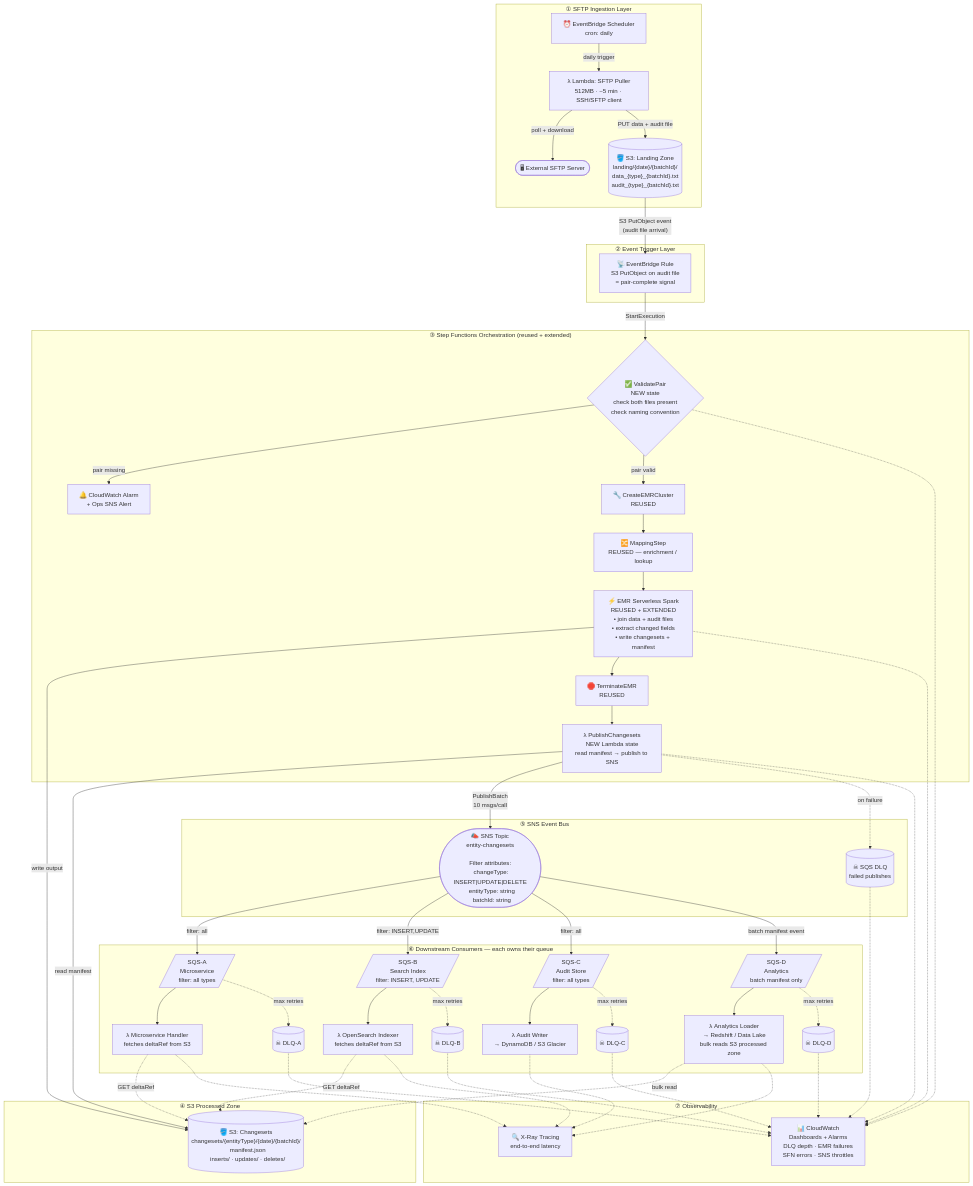
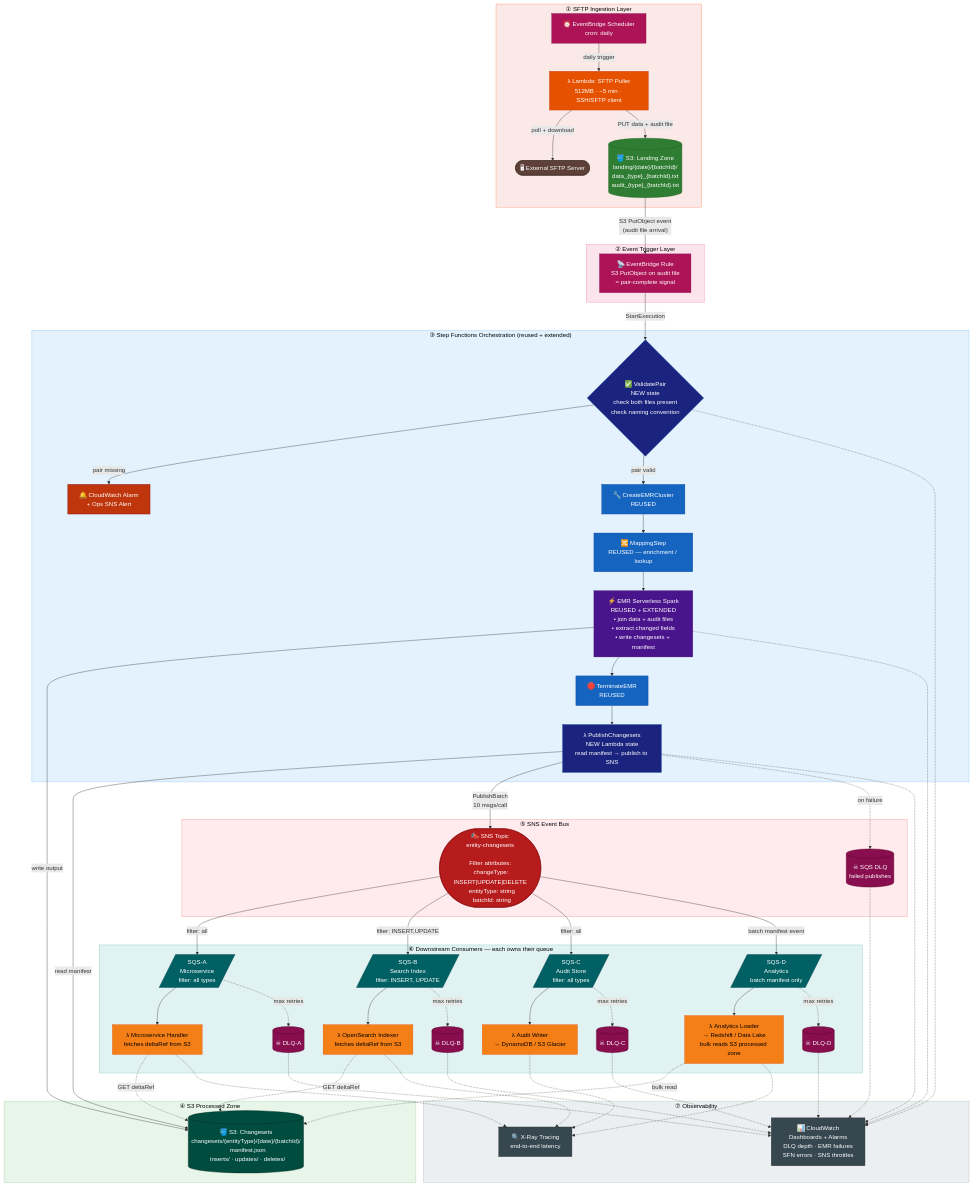
One commit to valentinarodrigues/changeset-architecture changed the diagram in changeset-architecture.md. Above: the diagram before and after it, drawn with Mermaid. The commit also changed other lines of this file, not shown here.

Commit message:
Add colours to Mermaid diagram
14-colour scheme using classDef per service type + subgraph
background tints. Each AWS service has a distinct colour so
layers and node types are immediately distinguishable.
Includes a colour legend table below the diagram.

````diff
--- a/changeset-architecture.md
+++ b/changeset-architecture.md
@@ -7,5 +7,38 @@
 ```mermaid
 flowchart TD
+
+    %% ── Colour palette ───────────────────────────────────────────────────
+    %% Brown   = external / non-AWS system
+    %% Magenta = EventBridge (scheduler + rule)
+    %% Orange  = Lambda — ingestion side
+    %% Green   = S3 Landing Zone
+    %% Navy    = Step Functions NEW states
+    %% Blue    = Step Functions REUSED states
+    %% Purple  = EMR / Spark
+    %% Dark green = S3 Processed Zone
+    %% Red     = SNS Topic
+    %% Maroon  = Dead Letter Queues
+    %% Teal    = SQS consumer queues
+    %% Amber   = Lambda — consumer side
+    %% Grey-blue = Observability
+    %% Burnt red = Alert path
+
+    classDef ext        fill:#5D4037,stroke:#3E2723,color:#fff
+    classDef evtbridge  fill:#AD1457,stroke:#880E4F,color:#fff
+    classDef lambda_in  fill:#E65100,stroke:#BF360C,color:#fff
+    classDef s3_land    fill:#2E7D32,stroke:#1B5E20,color:#fff
+    classDef sfn_new    fill:#1A237E,stroke:#0D47A1,color:#fff
+    classDef sfn_reuse  fill:#1565C0,stroke:#0D47A1,color:#fff
+    classDef emr        fill:#4A148C,stroke:#38006B,color:#fff
+    classDef s3_proc    fill:#004D40,stroke:#00251A,color:#fff
+    classDef sns        fill:#B71C1C,stroke:#7F0000,color:#fff
+    classDef dlq        fill:#880E4F,stroke:#560027,color:#fff
+    classDef sqs        fill:#006064,stroke:#003E4A,color:#fff
+    classDef lambda_con fill:#F57F17,stroke:#E65100,color:#000
+    classDef obs        fill:#37474F,stroke:#263238,color:#fff
+    classDef alert      fill:#BF360C,stroke:#870000,color:#fff
+
+    %% ── Subgraph layer background tints ─────────────────────────────────
     subgraph SFTP_LAYER["① SFTP Ingestion Layer"]
         SFTP_EXT(["🖥 External SFTP Server"])
         EBS["⏰ EventBridge Scheduler\ncron: daily"]
@@ -56,6 +89,32 @@
         XRAY["🔍 X-Ray Tracing\nend-to-end latency"]
     end
 
+    %% ── Subgraph background tints ────────────────────────────────────────
+    style SFTP_LAYER    fill:#FBE9E7,stroke:#FF8A65,color:#000
+    style TRIGGER_LAYER fill:#FCE4EC,stroke:#F48FB1,color:#000
+    style SFN_LAYER     fill:#E3F2FD,stroke:#90CAF9,color:#000
+    style STORAGE_LAYER fill:#E8F5E9,stroke:#A5D6A7,color:#000
+    style PUBLISH_LAYER fill:#FFEBEE,stroke:#EF9A9A,color:#000
+    style CONSUMER_LAYER fill:#E0F2F1,stroke:#80CBC4,color:#000
+    style OBS           fill:#ECEFF1,stroke:#B0BEC5,color:#000
+
+    %% ── Assign colours to nodes ──────────────────────────────────────────
+    class SFTP_EXT ext
+    class EBS,EB_RULE evtbridge
+    class LAMBDA_PULL lambda_in
+    class S3_LAND s3_land
+    class SFN_VALIDATE,SFN_PUBLISH sfn_new
+    class SFN_EMR_CREATE,SFN_MAP,SFN_EMR_TERM sfn_reuse
+    class SFN_SPARK emr
+    class S3_PROC s3_proc
+    class SNS_TOPIC sns
+    class SNS_DLQ,DLQ_A,DLQ_B,DLQ_C,DLQ_D dlq
+    class SQS_A,SQS_B,SQS_C,SQS_D sqs
+    class LAMBDA_A,LAMBDA_B,LAMBDA_C,LAMBDA_D lambda_con
+    class CW,XRAY obs
+    class ALERT alert
+
+    %% ── Edges ────────────────────────────────────────────────────────────
     %% Ingestion
     EBS -->|"daily trigger"| LAMBDA_PULL
     LAMBDA_PULL -->|"poll + download"| SFTP_EXT
````
